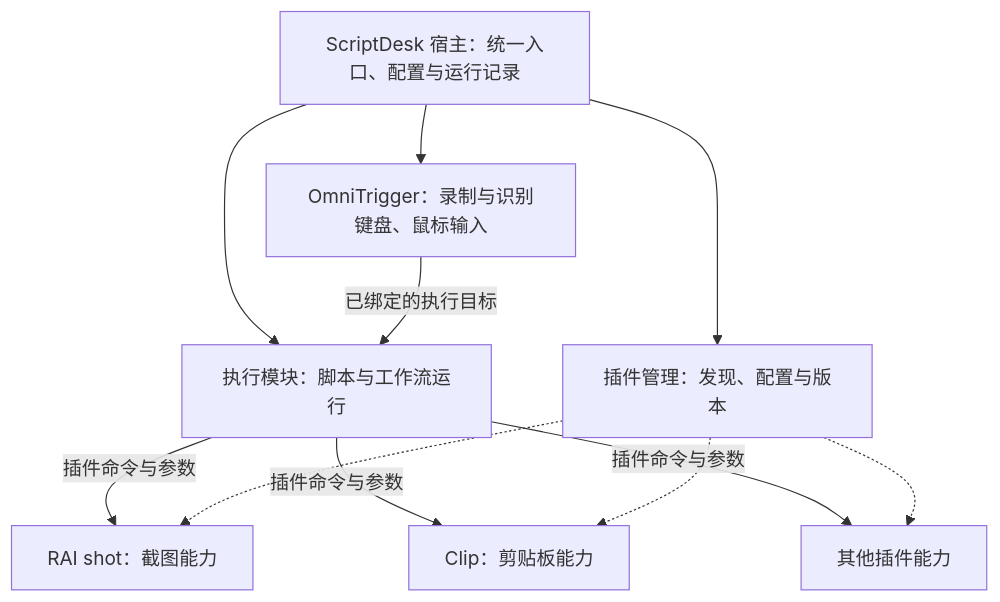
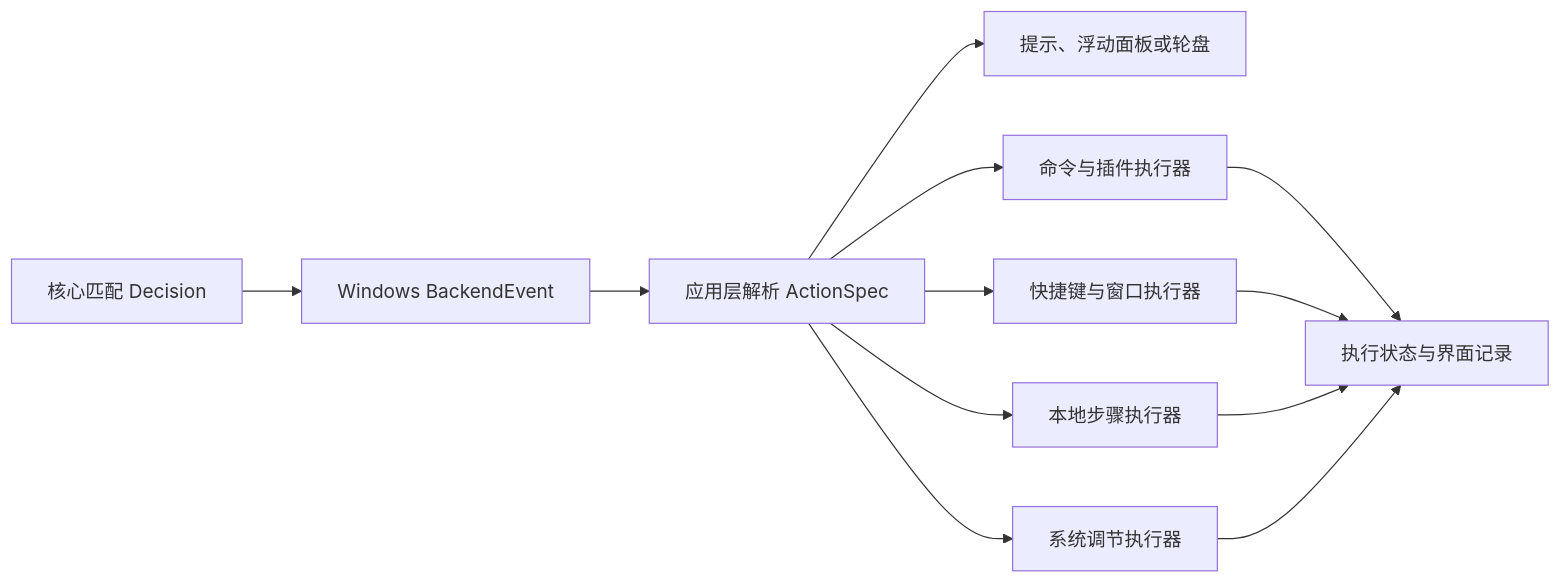
The diagram in docs/EXECUTION_ARCHITECTURE.md (ceastld/omnitrigger), drawn with Mermaid before and after one commit. The commit also changed other lines of this file and 92 other files, not shown here.

````diff
--- a/docs/EXECUTION_ARCHITECTURE.md
+++ b/docs/EXECUTION_ARCHITECTURE.md
@@ -11,14 +9,14 @@
 ```mermaid
-flowchart TD
-    H[ScriptDesk 宿主：统一入口、配置与运行记录]
-    H --> O[OmniTrigger：录制与识别键盘、鼠标输入]
-    H --> S[执行模块：脚本与工作流运行]
-    H --> P[插件管理：发现、配置与版本]
-    O -->|已绑定的执行目标| S
-    S -->|插件命令与参数| R[RAI shot：截图能力]
-    S -->|插件命令与参数| C[Clip：剪贴板能力]
-    S -->|插件命令与参数| X[其他插件能力]
-    P -.-> R
-    P -.-> C
-    P -.-> X
+flowchart LR
+    E[核心匹配 Decision] --> B[Windows BackendEvent]
+    B --> A[应用层解析 ActionSpec]
+    A --> U[提示、浮动面板或轮盘]
+    A --> C[命令与插件执行器]
+    A --> K[快捷键与窗口执行器]
+    A --> L[本地步骤执行器]
+    A --> S[系统调节执行器]
+    C --> R[执行状态与界面记录]
+    K --> R
+    L --> R
+    S --> R
 ```
````
